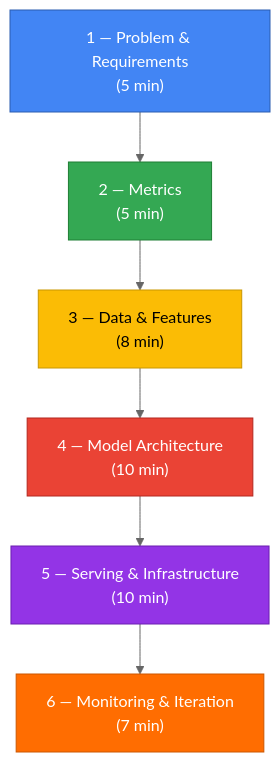
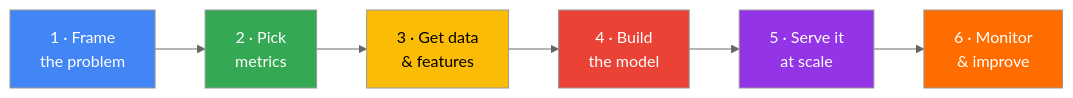
One commit to Hmago/ml4 changed the first of 2 diagrams in content/26_ml_system_design.md. Above: the diagram before and after it, drawn with Mermaid (neutral theme). The commit also changed other lines of this file and 40 other files, not shown here.

````diff
--- a/content/26_ml_system_design.md
+++ b/content/26_ml_system_design.md
@@ -49,15 +17,14 @@
 ```mermaid
-flowchart TD
-    A["1 — Problem & Requirements\n(5 min)"] --> B["2 — Metrics\n(5 min)"]
-    B --> C["3 — Data & Features\n(8 min)"]
-    C --> D["4 — Model Architecture\n(10 min)"]
-    D --> E["5 — Serving & Infrastructure\n(10 min)"]
-    E --> F["6 — Monitoring & Iteration\n(7 min)"]
-
-    style A fill:#4285F4,color:#fff,stroke:#2a5db0
-    style B fill:#34A853,color:#fff,stroke:#1e7e34
-    style C fill:#FBBC05,color:#000,stroke:#c99700
-    style D fill:#EA4335,color:#fff,stroke:#b3261e
-    style E fill:#9334E6,color:#fff,stroke:#6a1fb0
-    style F fill:#FF6D01,color:#fff,stroke:#cc5700
+flowchart LR
+    A["1 · Frame<br/>the problem"] --> B["2 · Pick<br/>metrics"]
+    B --> C["3 · Get data<br/>& features"]
+    C --> D["4 · Build<br/>the model"]
+    D --> E["5 · Serve it<br/>at scale"]
+    E --> F["6 · Monitor<br/>& improve"]
+    style A fill:#4285F4,color:#fff
+    style B fill:#34A853,color:#fff
+    style C fill:#FBBC05,color:#000
+    style D fill:#EA4335,color:#fff
+    style E fill:#9334E6,color:#fff
+    style F fill:#FF6D01,color:#fff
 ```
````
